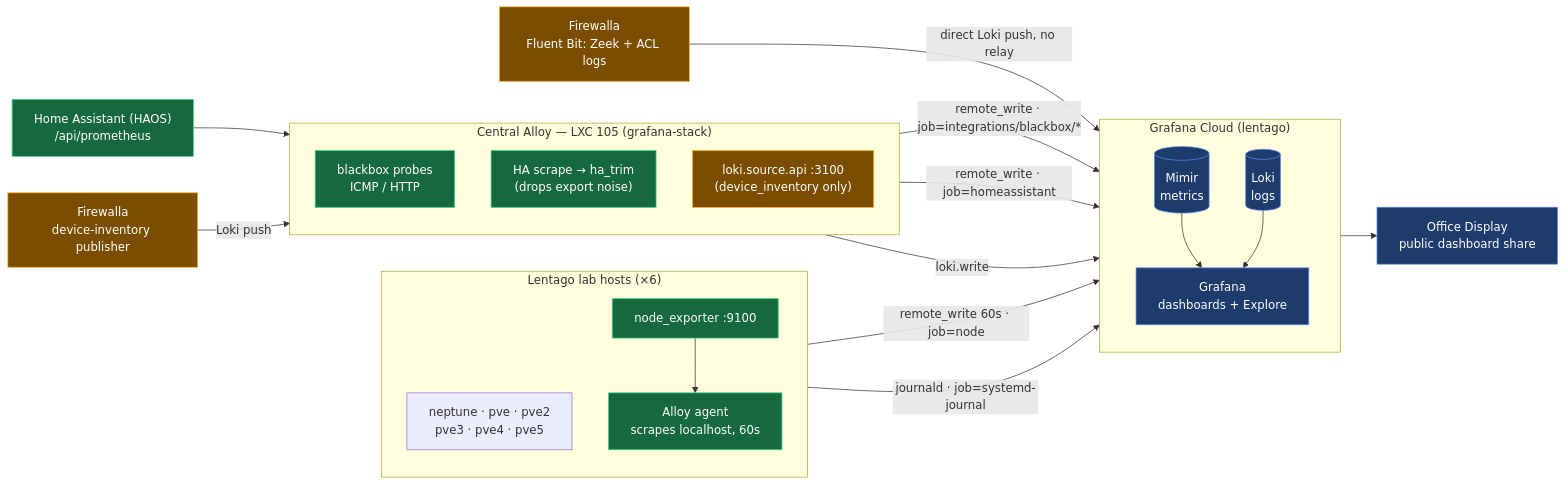
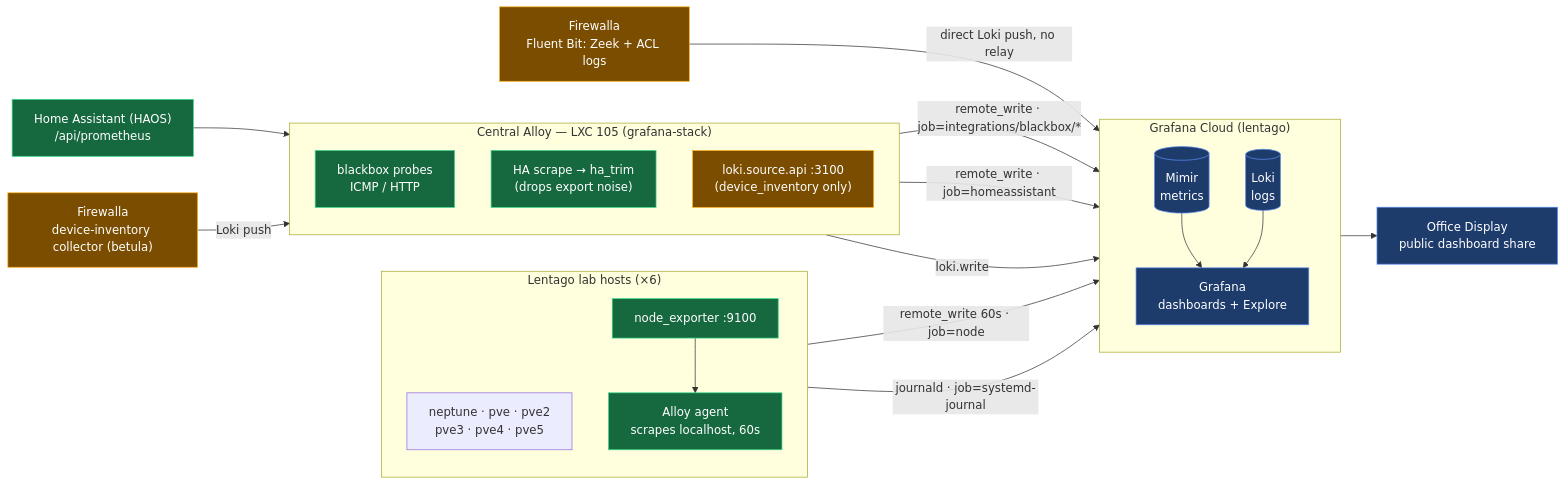
The first of 2 diagrams in docs/metrics-flow.md (lentago/drosera), drawn with Mermaid before and after one commit. The commit also changed 6 other files, not shown here.

Commit message:
chore(device-inventory): retire drosera's publisher + deploy script; betula owns capture (#151, #243) (#244)

````diff
--- a/docs/metrics-flow.md
+++ b/docs/metrics-flow.md
@@ -8,49 +8,49 @@
 ```mermaid
 flowchart LR
   subgraph hosts["Lentago lab hosts (×6)"]
     direction TB
     names["neptune · pve · pve2<br/>pve3 · pve4 · pve5"]
     ne["node_exporter :9100"]
     agent["Alloy agent<br/>scrapes localhost, 60s"]
     ne --> agent
   end
 
   haos["Home Assistant (HAOS)<br/>/api/prometheus"]
   fw["Firewalla<br/>Fluent Bit: Zeek + ACL logs"]
-  fwdev["Firewalla<br/>device-inventory publisher"]
+  fwdev["Firewalla<br/>device-inventory collector (betula)"]
 
   subgraph central["Central Alloy — LXC 105 (grafana-stack)"]
     direction TB
     bb["blackbox probes<br/>ICMP / HTTP"]
     hascrape["HA scrape → ha_trim<br/>(drops export noise)"]
     lokirecv["loki.source.api :3100<br/>(device_inventory only)"]
   end
 
   subgraph cloud["Grafana Cloud (lentago)"]
     direction TB
     mimir[("Mimir<br/>metrics")]
     lokidb[("Loki<br/>logs")]
     grafana["Grafana<br/>dashboards + Explore"]
     mimir --> grafana
     lokidb --> grafana
   end
 
   display["Office Display<br/>public dashboard share"]
 
   agent -- "remote_write 60s · job=node" --> mimir
   agent -- "journald · job=systemd-journal" --> lokidb
   haos --> hascrape
   bb -- "remote_write · job=integrations/blackbox/*" --> mimir
   hascrape -- "remote_write · job=homeassistant" --> mimir
   fwdev -- "Loki push" --> lokirecv
   fw -- "direct Loki push, no relay" --> lokidb
   lokirecv -- "loki.write" --> lokidb
   grafana --> display
 
   classDef metric fill:#16683f,stroke:#39d98a,color:#fff;
   classDef logs fill:#7a4d00,stroke:#ffb020,color:#fff;
   classDef sink fill:#1d3b6b,stroke:#5b8def,color:#fff;
   class ne,agent,bb,hascrape,haos metric;
   class fw,fwdev,lokirecv logs;
   class mimir,lokidb,grafana,display sink;
 ```
````
